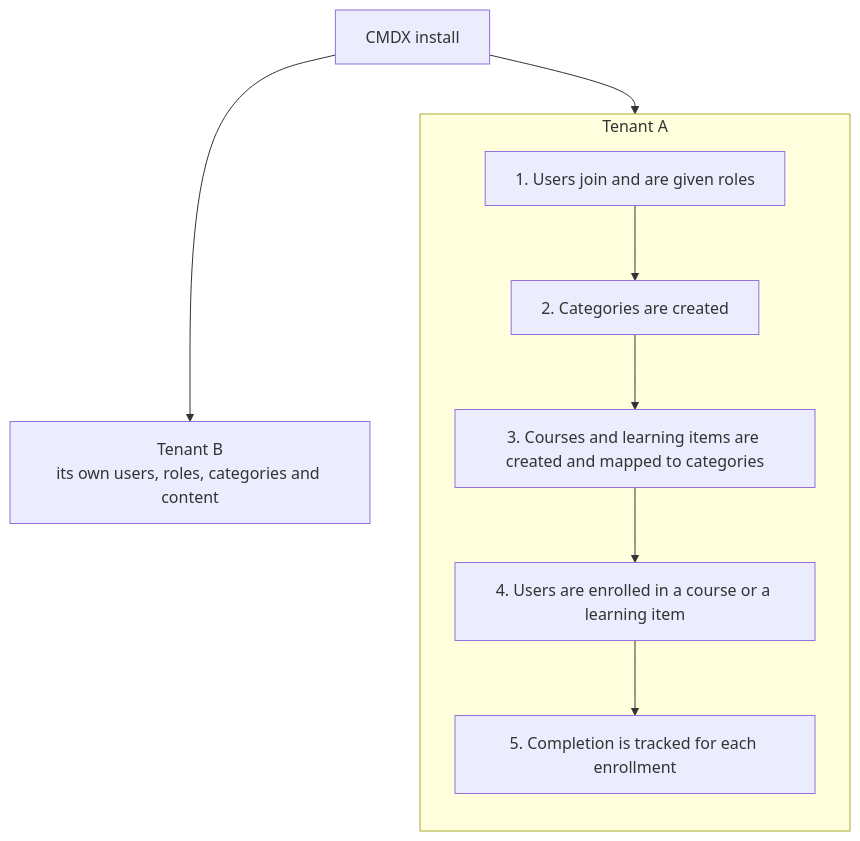
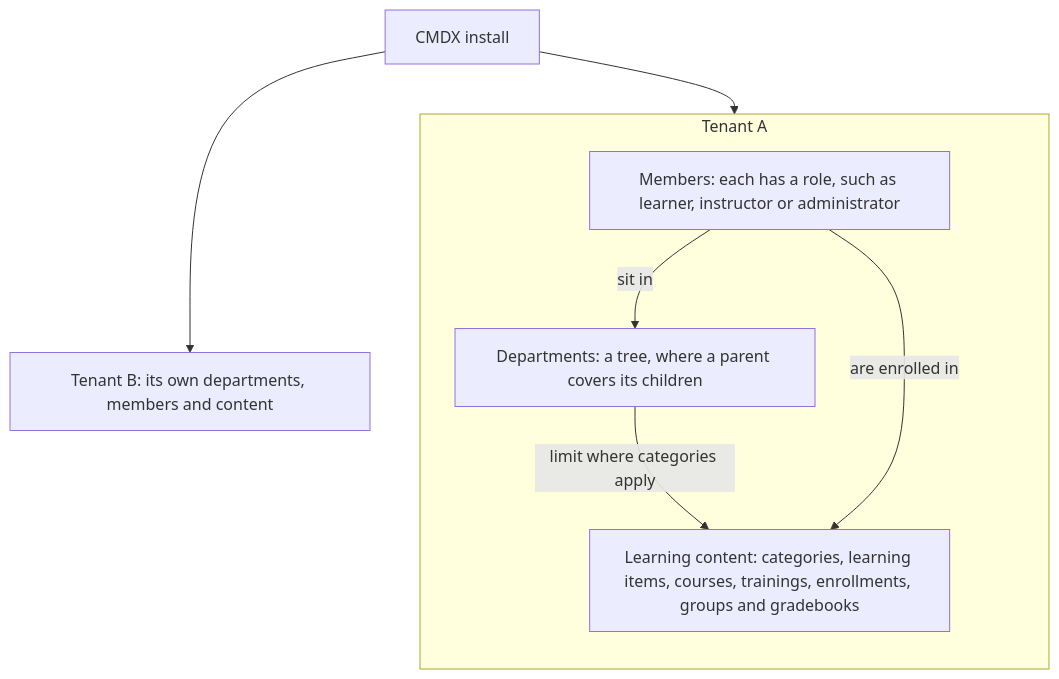
Before and after one commit to CMDxAI/CMDXAI-website: the first of 3 diagrams in docs-site/docs-current/getting-started/concepts.md, drawn with Mermaid. The commit also changed other lines of this file, not shown here.

````diff
--- a/docs-site/docs-current/getting-started/concepts.md
+++ b/docs-site/docs-current/getting-started/concepts.md
@@ -25,24 +22,24 @@
 ```mermaid
 ---
 config:
   flowchart:
     wrappingWidth: 300
 ---
 flowchart TB
-  accTitle: How a CMDX install is organized
-  accDescr: One CMDX install holds many tenants, such as Tenant A and Tenant B, kept apart from each other. Inside a tenant, five steps happen in order. 1, users join and are given roles. 2, categories are created. 3, courses and learning items are created and mapped to categories. 4, users are enrolled in a course or a learning item. 5, completion is tracked for each enrollment.
+  accTitle: The tenant boundary
+  accDescr: One CMDX install hosts many tenants. Inside Tenant A are departments, members and learning content. Members sit in departments. Departments limit where categories apply. Members are enrolled in learning content. Tenant B has its own departments, members and content, and never sees Tenant A's.
 
   subgraph tenantA["Tenant A"]
     direction TB
-    s1["1. Users join and are given roles"]
-    s2["2. Categories are created"]
-    s3["3. Courses and learning items are created and mapped to categories"]
-    s4["4. Users are enrolled in a course or a learning item"]
-    s5["5. Completion is tracked for each enrollment"]
-    s1 --> s2 --> s3 --> s4 --> s5
+    depts["Departments: a tree, where a parent covers its children"]
+    members["Members: each has a role, such as learner, instructor or administrator"]
+    content["Learning content: categories, learning items, courses, trainings, enrollments, groups and gradebooks"]
+    members -- sit in --> depts
+    depts -- limit where categories apply --> content
+    members -- are enrolled in --> content
   end
-  tenantB["Tenant B<br/>its own users, roles, categories and content"]
+  tenantB["Tenant B: its own departments, members and content"]
   cmdx["CMDX install"]
   cmdx --> tenantA
   cmdx --> tenantB
 ```
````
